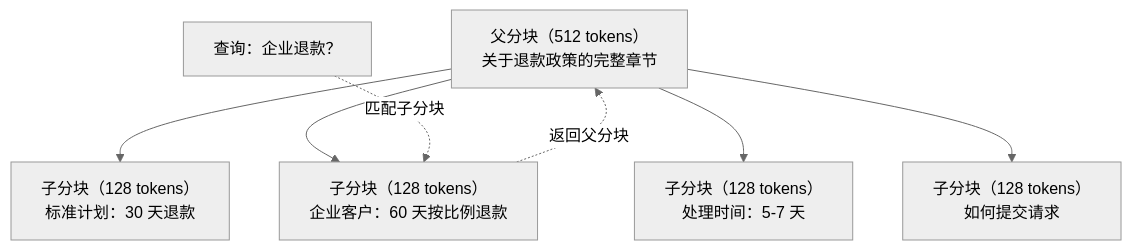
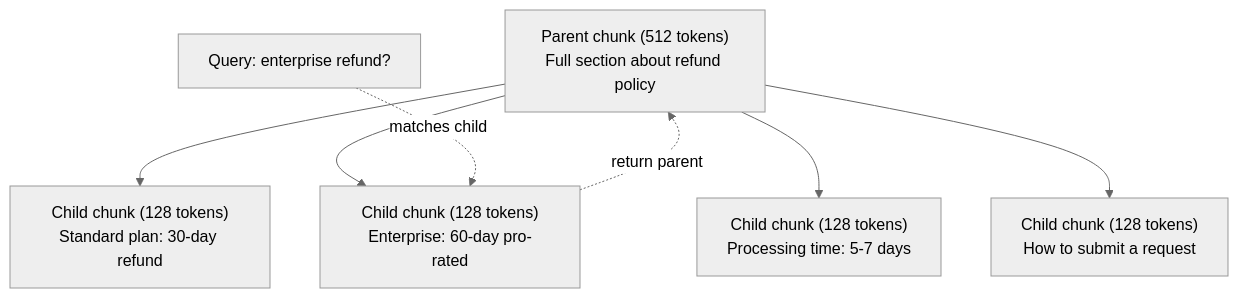
Before and after one commit to xiaojiaenen/ai-engineering-from-scratch-zh: the second of 3 diagrams in i18n/zh/phases/11-llm-engineering/07-advanced-rag/docs/zh.md, drawn with Mermaid (neutral theme). The commit also changed other lines of this file and 17 other files, not shown here.

````diff
--- a/i18n/zh/phases/11-llm-engineering/07-advanced-rag/docs/zh.md
+++ b/i18n/zh/phases/11-llm-engineering/07-advanced-rag/docs/zh.md
@@ -123,16 +124,16 @@
 ```mermaid
 graph TD
-    P["父分块（512 tokens）<br/>关于退款政策的完整章节"]
-    C1["子分块（128 tokens）<br/>标准计划：30 天退款"]
-    C2["子分块（128 tokens）<br/>企业客户：60 天按比例退款"]
-    C3["子分块（128 tokens）<br/>处理时间：5-7 天"]
-    C4["子分块（128 tokens）<br/>如何提交请求"]
+    P["Parent chunk (512 tokens)<br/>Full section about refund policy"]
+    C1["Child chunk (128 tokens)<br/>Standard plan: 30-day refund"]
+    C2["Child chunk (128 tokens)<br/>Enterprise: 60-day pro-rated"]
+    C3["Child chunk (128 tokens)<br/>Processing time: 5-7 days"]
+    C4["Child chunk (128 tokens)<br/>How to submit a request"]
 
     P --> C1
     P --> C2
     P --> C3
     P --> C4
 
-    Q["查询：企业退款？"] -.->|"匹配子分块"| C2
-    C2 -.->|"返回父分块"| P
+    Q["Query: enterprise refund?"] -.->|"matches child"| C2
+    C2 -.->|"return parent"| P
 ```
````
